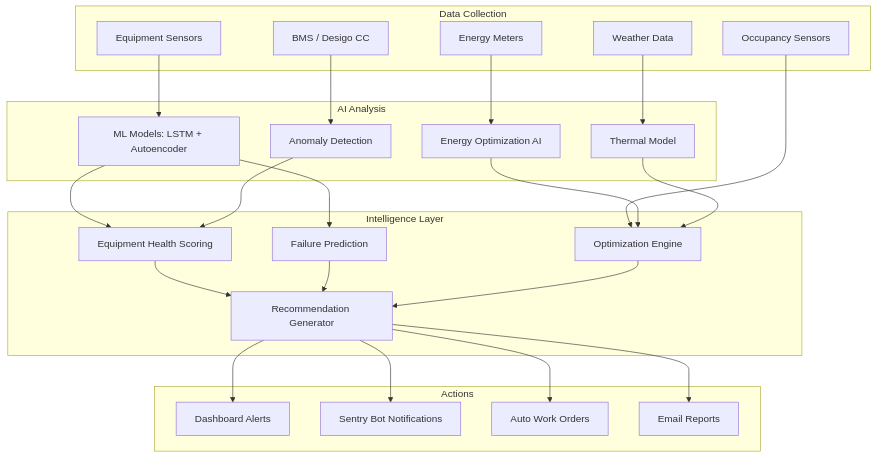
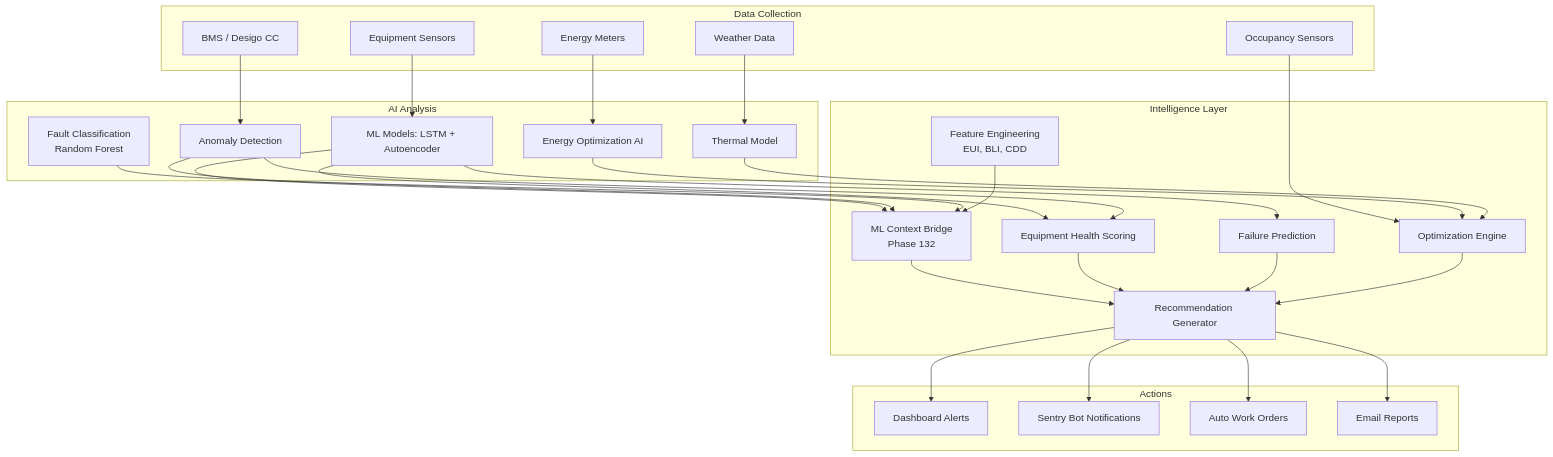
One commit to Bederf/sentinel-ai changed the diagram in docs/04-features/ai-operations-monitoring.md. Above: the diagram before and after it, drawn with Mermaid. The commit also changed other lines of this file and 236 other files, not shown here.

First line of the commit message:
feat(v31-v33): lighting intelligence, ML context bridge, equipment metadata & AEGIS gating

````diff
--- a/docs/04-features/ai-operations-monitoring.md
+++ b/docs/04-features/ai-operations-monitoring.md
@@ -36,52 +36,60 @@
 ```mermaid
 graph TB
     subgraph Data Collection
         Sensors[Equipment Sensors]
         Energy[Energy Meters]
         Weather[Weather Data]
         Occupancy[Occupancy Sensors]
         BMS[BMS / Desigo CC]
     end
 
     subgraph AI Analysis
         ML[ML Models: LSTM + Autoencoder]
         Thermal[Thermal Model]
         EnergyAI[Energy Optimization AI]
         Anomaly[Anomaly Detection]
+        Classifier[Fault Classification<br/>Random Forest]
     end
 
     subgraph Intelligence Layer
         Health[Equipment Health Scoring]
         Forecast[Failure Prediction]
         Optimize[Optimization Engine]
+        MLContext[ML Context Bridge<br/>Phase 132]
+        Features[Feature Engineering<br/>EUI, BLI, CDD]
         Recommend[Recommendation Generator]
     end
 
     subgraph Actions
         Dashboard[Dashboard Alerts]
         Sentry[Sentry Bot Notifications]
         WorkOrders[Auto Work Orders]
         Email[Email Reports]
     end
 
     Sensors --> ML
     Energy --> EnergyAI
     Weather --> Thermal
     Occupancy --> Optimize
     BMS --> Anomaly
 
     ML --> Health
     ML --> Forecast
+    ML --> MLContext
+    Anomaly --> MLContext
+    Classifier --> MLContext
+    Features --> MLContext
     EnergyAI --> Optimize
     Thermal --> Optimize
     Anomaly --> Health
 
+    MLContext --> Recommend
     Health --> Recommend
     Forecast --> Recommend
     Optimize --> Recommend
 
     Recommend --> Dashboard
     Recommend --> Sentry
     Recommend --> WorkOrders
     Recommend --> Email
 ```
````
